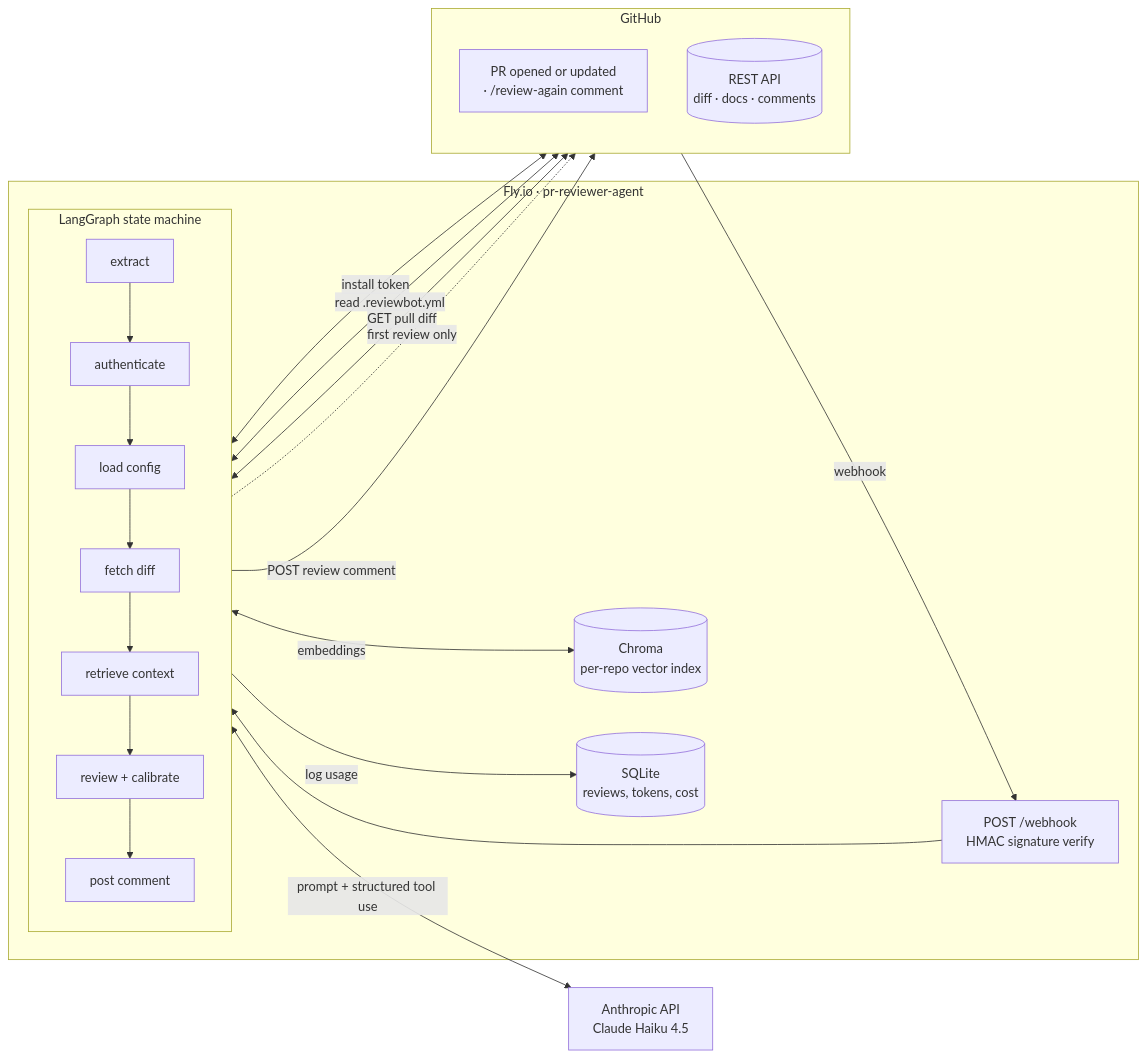
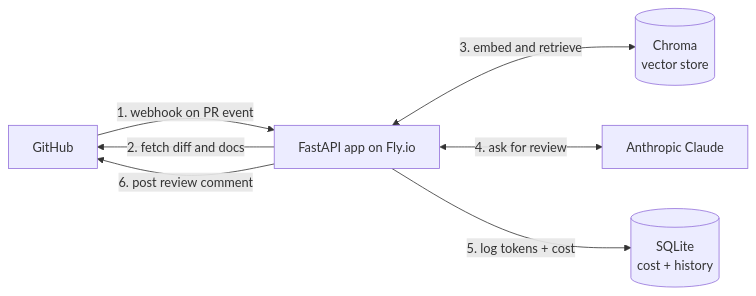
One commit to SammyBolger/pr-reviewer-agent changed the diagram in README.md. Above: the diagram before and after it, drawn with Mermaid. The commit also changed other lines of this file, not shown here.

````diff
--- a/README.md
+++ b/README.md
@@ -68,35 +62,15 @@
 ```mermaid
 flowchart LR
-    subgraph GitHub["GitHub"]
-        direction TB
-        Event["PR opened or updated<br/>· /review-again comment"]
-        RestAPI[("REST API<br/>diff · docs · comments")]
-    end
+    GH[GitHub]
+    App[FastAPI app on Fly.io]
+    Chroma[(Chroma<br/>vector store)]
+    SQL[(SQLite<br/>cost + history)]
+    Claude[Anthropic Claude]
 
-    subgraph FlyApp["Fly.io · pr-reviewer-agent"]
-        Webhook["POST /webhook<br/>HMAC signature verify"]
-
-        subgraph Agent["LangGraph state machine"]
-            direction TB
-            S1[extract] --> S2[authenticate] --> S3[load config]
-            S3 --> S4[fetch diff] --> S5[retrieve context]
-            S5 --> S6[review + calibrate] --> S7[post comment]
-        end
-
-        Chroma[("Chroma<br/>per-repo vector index")]
-        SQLite[("SQLite<br/>reviews, tokens, cost")]
-    end
-
-    Anth["Anthropic API<br/>Claude Haiku 4.5"]
-
-    Event -->|webhook| Webhook
-    Webhook --> S1
-    S2 <-->|install token| RestAPI
-    S3 <-->|read .reviewbot.yml| RestAPI
-    S4 <-->|GET pull diff| RestAPI
-    S5 <-->|embeddings| Chroma
-    S5 -.->|first review only| RestAPI
-    S6 <-->|prompt + structured tool use| Anth
-    S6 -->|log usage| SQLite
-    S7 -->|POST review comment| RestAPI
+    GH -->|1. webhook on PR event| App
+    App -->|2. fetch diff and docs| GH
+    App <-->|3. embed and retrieve| Chroma
+    App <-->|4. ask for review| Claude
+    App -->|5. log tokens + cost| SQL
+    App -->|6. post review comment| GH
 ```
````
